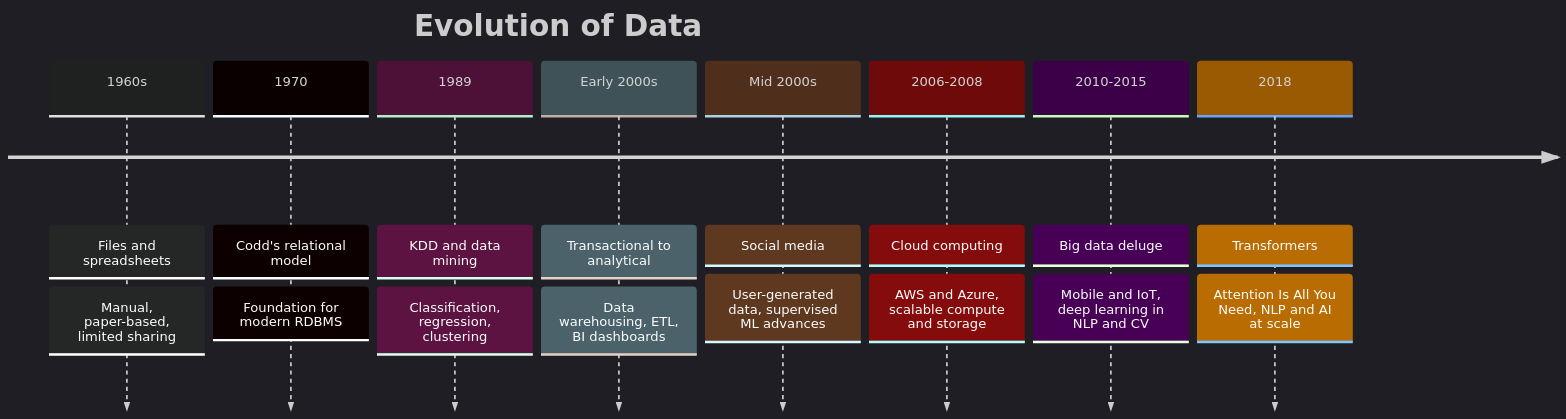
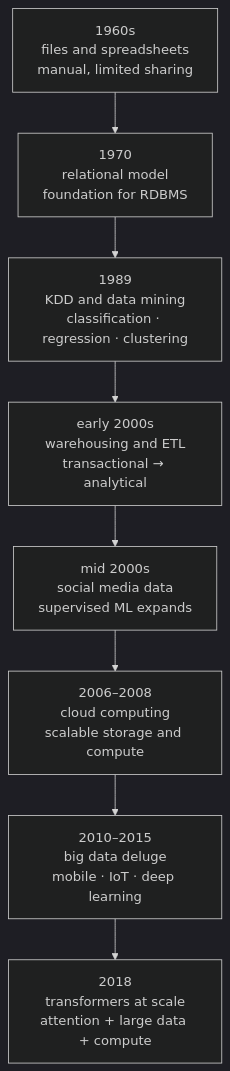
Before and after one commit to sanjaykumarpushadapu/MTech: the seventh of 15 diagrams in 2026-2027-Sem1/AIMLZG546-SoftwareEngineeringForML/notes/S01-foundations.md, drawn with Mermaid (dark theme). The commit also changed other lines of this file and 4 other files, not shown here.

````diff
--- a/2026-2027-Sem1/AIMLZG546-SoftwareEngineeringForML/notes/S01-foundations.md
+++ b/2026-2027-Sem1/AIMLZG546-SoftwareEngineeringForML/notes/S01-foundations.md
@@ -359,12 +362,10 @@
 ```mermaid
-timeline
-    title Evolution of Data
-    1960s : Files and spreadsheets : Manual, paper-based, limited sharing
-    1970 : Codd's relational model : Foundation for modern RDBMS
-    1989 : KDD and data mining : Classification, regression, clustering
-    Early 2000s : Transactional to analytical : Data warehousing, ETL, BI dashboards
-    Mid 2000s : Social media : User-generated data, supervised ML advances
-    2006-2008 : Cloud computing : AWS and Azure, scalable compute and storage
-    2010-2015 : Big data deluge : Mobile and IoT, deep learning in NLP and CV
-    2018 : Transformers : Attention Is All You Need, NLP and AI at scale
+flowchart TD
+    A["1960s<br/>files and spreadsheets<br/>manual, limited sharing"] --> B["1970<br/>relational model<br/>foundation for RDBMS"]
+    B --> C["1989<br/>KDD and data mining<br/>classification · regression · clustering"]
+    C --> D["early 2000s<br/>warehousing and ETL<br/>transactional → analytical"]
+    D --> E["mid 2000s<br/>social media data<br/>supervised ML expands"]
+    E --> F["2006–2008<br/>cloud computing<br/>scalable storage and compute"]
+    F --> G["2010–2015<br/>big data deluge<br/>mobile · IoT · deep learning"]
+    G --> H["2018<br/>transformers at scale<br/>attention + large data + compute"]
 ```
````
